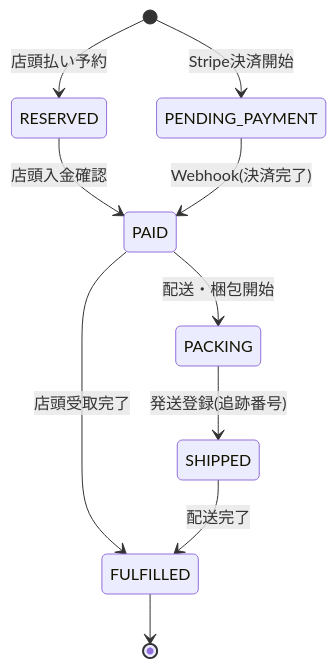
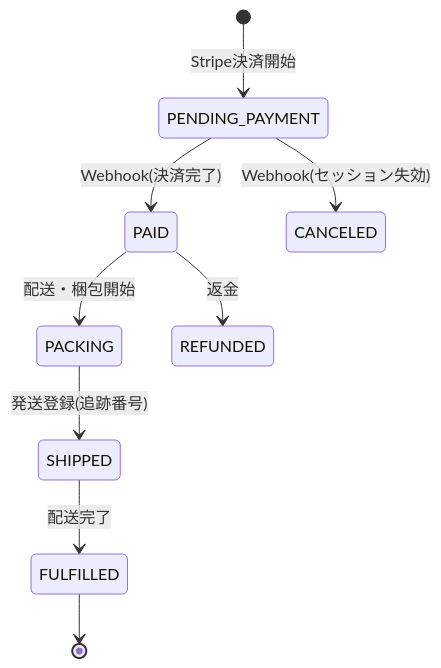
One commit to FuseKota/momo-payment changed the eighth of 9 diagrams in docs/SYSTEM_ARCHITECTURE.md. Above: the diagram before and after it, drawn with Mermaid. The commit also changed other lines of this file and 7 other files, not shown here.

````diff
--- a/docs/SYSTEM_ARCHITECTURE.md
+++ b/docs/SYSTEM_ARCHITECTURE.md
@@ -292,12 +292,11 @@
 ```mermaid
 stateDiagram-v2
-    [*] --> RESERVED: 店頭払い予約
-    RESERVED --> PAID: 店頭入金確認
     [*] --> PENDING_PAYMENT: Stripe決済開始
     PENDING_PAYMENT --> PAID: Webhook(決済完了)
-    PAID --> FULFILLED: 店頭受取完了
+    PENDING_PAYMENT --> CANCELED: Webhook(セッション失効)
     PAID --> PACKING: 配送・梱包開始
     PACKING --> SHIPPED: 発送登録(追跡番号)
     SHIPPED --> FULFILLED: 配送完了
+    PAID --> REFUNDED: 返金
     FULFILLED --> [*]
 ```
````
